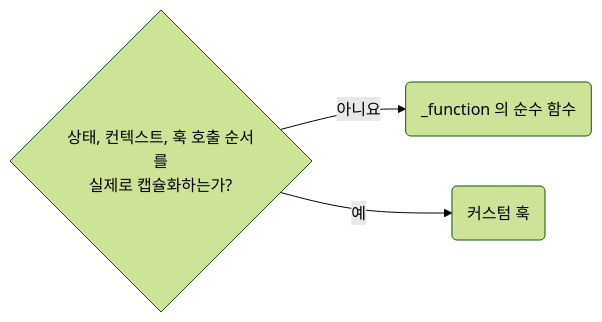
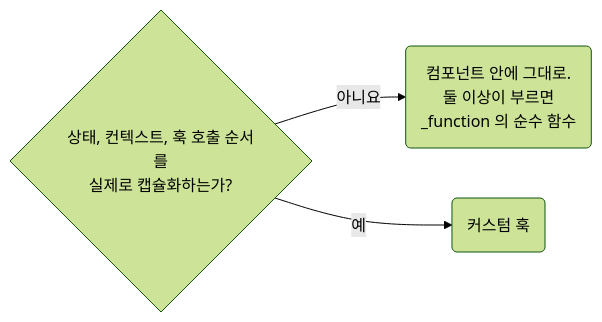
The diagram in skill/react/rules/01-06-ownership-prefer-plain-ts-for-local-react-helpers.md (nomeehej/agent-conventions), drawn with Mermaid (forest theme) before and after one commit. The commit also changed other lines of this file and 20 other files, not shown here.

````diff
--- a/skill/react/rules/01-06-ownership-prefer-plain-ts-for-local-react-helpers.md
+++ b/skill/react/rules/01-06-ownership-prefer-plain-ts-for-local-react-helpers.md
@@ -23,5 +23,5 @@
 ```mermaid
 flowchart LR
-	q1{"상태, 컨텍스트, 훅 호출 순서를<br>실제로 캡슐화하는가?"} -- 아니요 --> r1("_function 의 순수 함수")
+	q1{"상태, 컨텍스트, 훅 호출 순서를<br>실제로 캡슐화하는가?"} -- 아니요 --> r1("컴포넌트 안에 그대로.<br>둘 이상이 부르면<br>_function 의 순수 함수")
 	q1 -- 예 --> r2("커스텀 훅")
 ```
````
